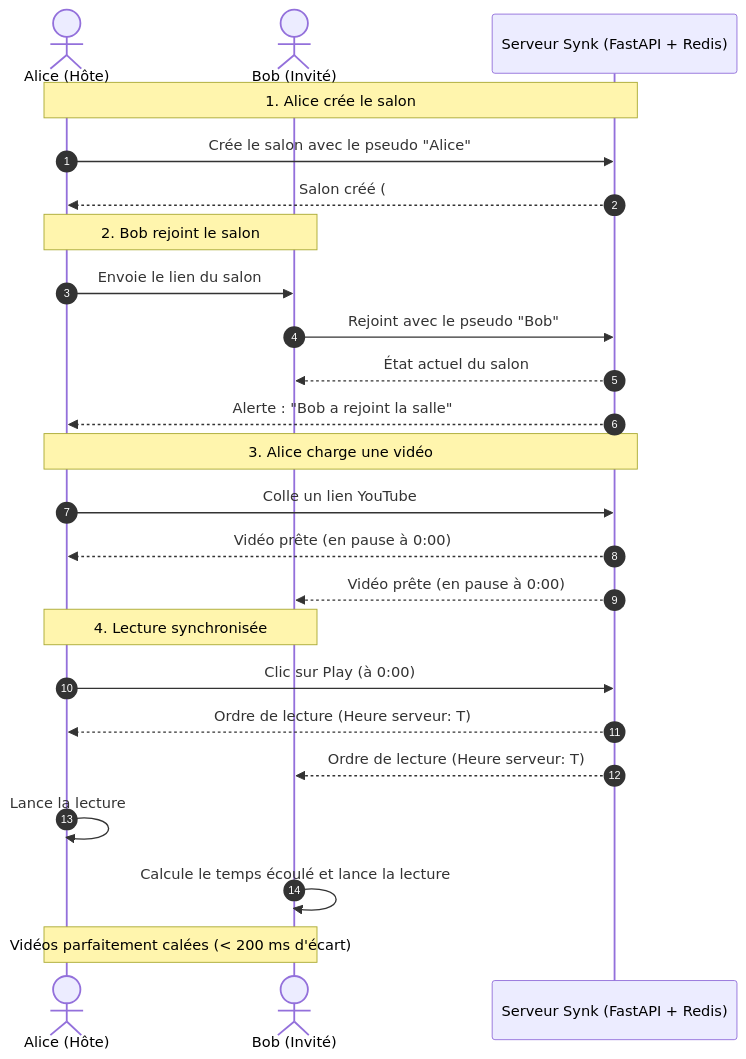
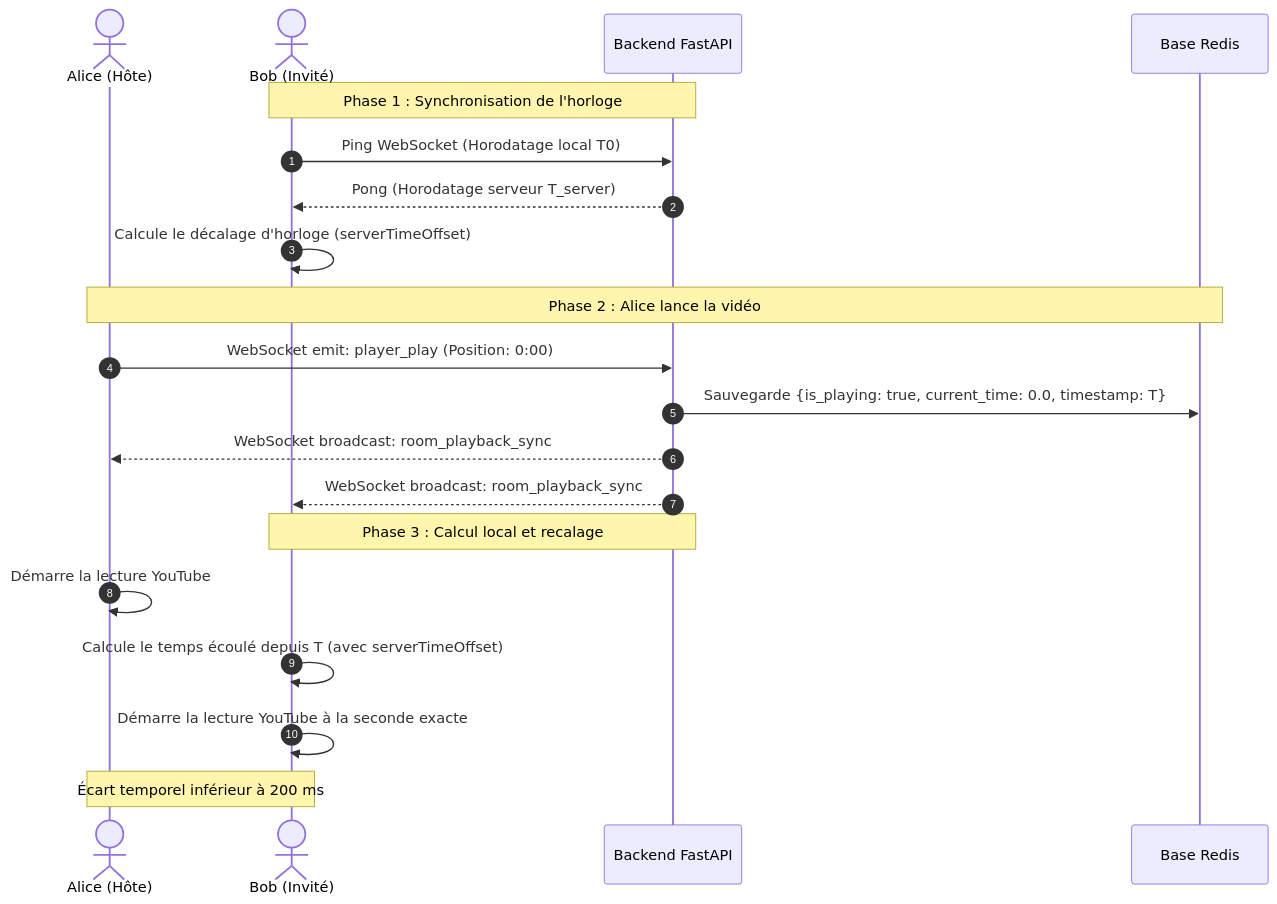
The diagram in docs/core-sync-algorithm.md (Moohmoo/Synk), drawn with Mermaid before and after one commit. The commit also changed other lines of this file, not shown here.

Commit message:
docs: restructure sync algorithm with narrative flow

````diff
--- a/docs/core-sync-algorithm.md
+++ b/docs/core-sync-algorithm.md
@@ -77,30 +90,25 @@
 ```mermaid
 sequenceDiagram
     autonumber
     actor Alice as Alice (Hôte)
     actor Bob as Bob (Invité)
-    participant Serveur as Serveur Synk (FastAPI + Redis)
+    participant FastAPI as Backend FastAPI
+    participant Redis as Base Redis
 
-    Note over Alice,Serveur: 1. Alice crée le salon
-    Alice->>Serveur: Crée le salon avec le pseudo "Alice"
-    Serveur-->>Alice: Salon créé (#k8F2mX) + Clé secrète d'hôte
+    Note over Bob,FastAPI: Phase 1 : Synchronisation de l'horloge
+    Bob->>FastAPI: Ping WebSocket (Horodatage local T0)
+    FastAPI-->>Bob: Pong (Horodatage serveur T_server)
+    Bob->>Bob: Calcule le décalage d'horloge (serverTimeOffset)
 
-    Note over Alice,Bob: 2. Bob rejoint le salon
-    Alice->>Bob: Envoie le lien du salon
-    Bob->>Serveur: Rejoint avec le pseudo "Bob"
-    Serveur-->>Bob: État actuel du salon
-    Serveur-->>Alice: Alerte : "Bob a rejoint la salle"
+    Note over Alice,Redis: Phase 2 : Alice lance la vidéo
+    Alice->>FastAPI: WebSocket emit: player_play (Position: 0:00)
+    FastAPI->>Redis: Sauvegarde {is_playing: true, current_time: 0.0, timestamp: T}
+    FastAPI-->>Alice: WebSocket broadcast: room_playback_sync
+    FastAPI-->>Bob: WebSocket broadcast: room_playback_sync
 
-    Note over Alice,Serveur: 3. Alice charge une vidéo
-    Alice->>Serveur: Colle un lien YouTube
-    Serveur-->>Alice: Vidéo prête (en pause à 0:00)
-    Serveur-->>Bob: Vidéo prête (en pause à 0:00)
-
-    Note over Alice,Bob: 4. Lecture synchronisée
-    Alice->>Serveur: Clic sur Play (à 0:00)
-    Serveur-->>Alice: Ordre de lecture (Heure serveur: T)
-    Serveur-->>Bob: Ordre de lecture (Heure serveur: T)
-    Alice->>Alice: Lance la lecture
-    Bob->>Bob: Calcule le temps écoulé et lance la lecture
-    Note over Alice,Bob: Vidéos parfaitement calées (< 200 ms d'écart)
+    Note over Bob,FastAPI: Phase 3 : Calcul local et recalage
+    Alice->>Alice: Démarre la lecture YouTube
+    Bob->>Bob: Calcule le temps écoulé depuis T (avec serverTimeOffset)
+    Bob->>Bob: Démarre la lecture YouTube à la seconde exacte
+    Note over Alice,Bob: Écart temporel inférieur à 200 ms
 ```
````
